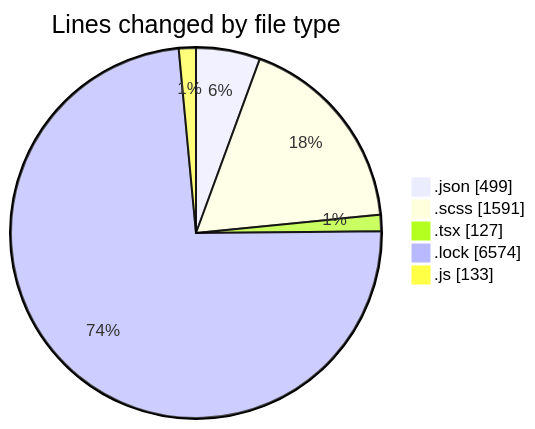
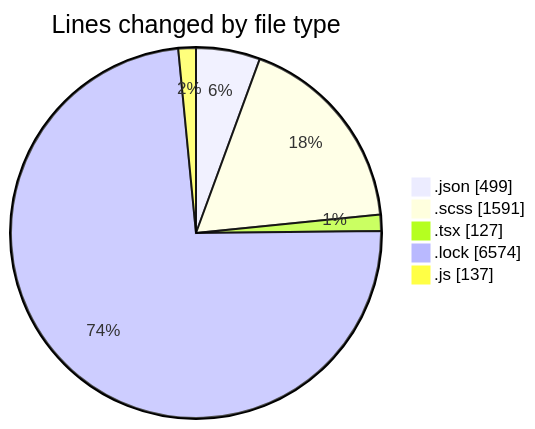
One commit to momahboobian/code-tracking changed the first of 2 diagrams in 2026-08-11/cda/README.md. Above: the diagram before and after it, drawn with Mermaid. The commit also changed other lines of this file and 1 other file, not shown here.

````diff
--- a/2026-08-11/cda/README.md
+++ b/2026-08-11/cda/README.md
@@ -31,9 +31,9 @@
 ```mermaid
 pie showData
 title Lines changed by file type
 ".json" : 499
 ".scss" : 1591
 ".tsx" : 127
 ".lock" : 6574
-".js" : 133
+".js" : 137
 ```
````
